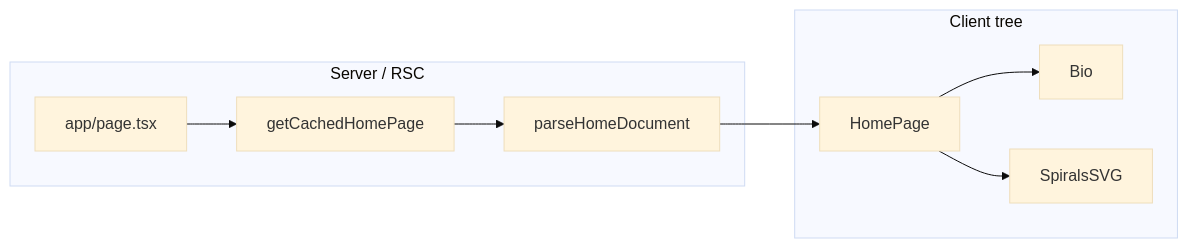
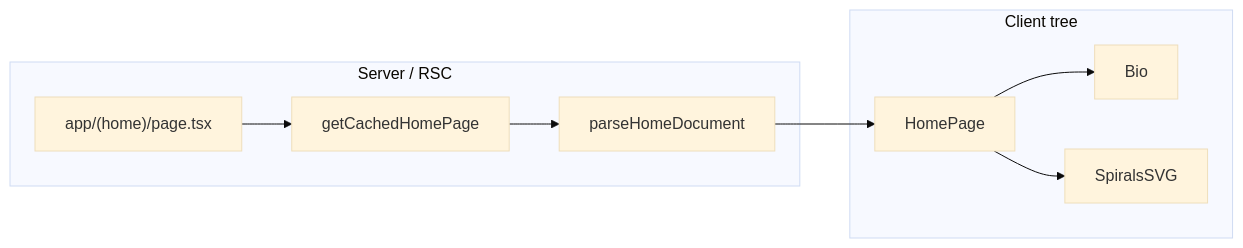
The diagram in docs/handbook/architecture.md (wadehammes/next.wadehammes.com), drawn with Mermaid (base theme) before and after one commit. The commit also changed other lines of this file and 7 other files, not shown here.

````diff
--- a/docs/handbook/architecture.md
+++ b/docs/handbook/architecture.md
@@ -79,16 +79,16 @@
 ```mermaid
 flowchart LR
   subgraph server [Server / RSC]
-    Page[app/page.tsx]
+    Page["app/(home)/page.tsx"]
     Get[getCachedHomePage]
     Parse[parseHomeDocument]
     Page --> Get --> Parse
   end
   subgraph client [Client tree]
     HP[HomePage]
     Bio[Bio]
     Spirals[SpiralsSVG]
     Parse --> HP --> Bio
     HP --> Spirals
   end
 ```
````
